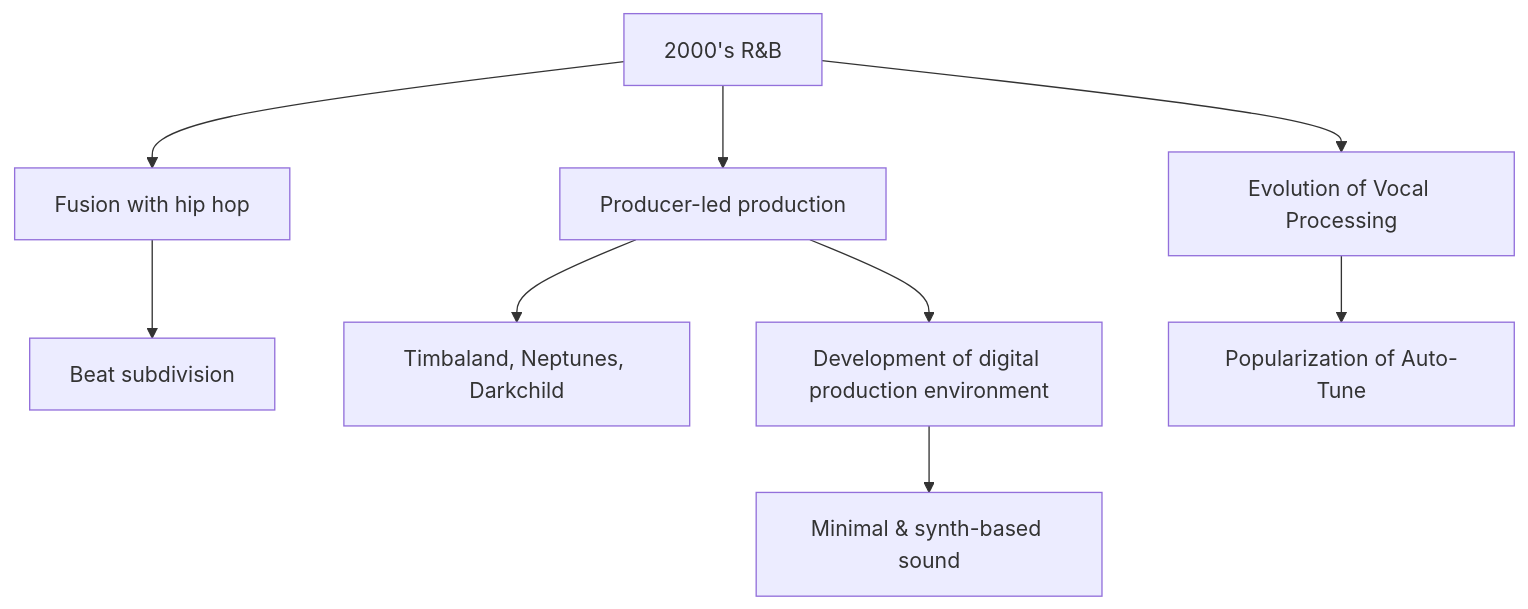
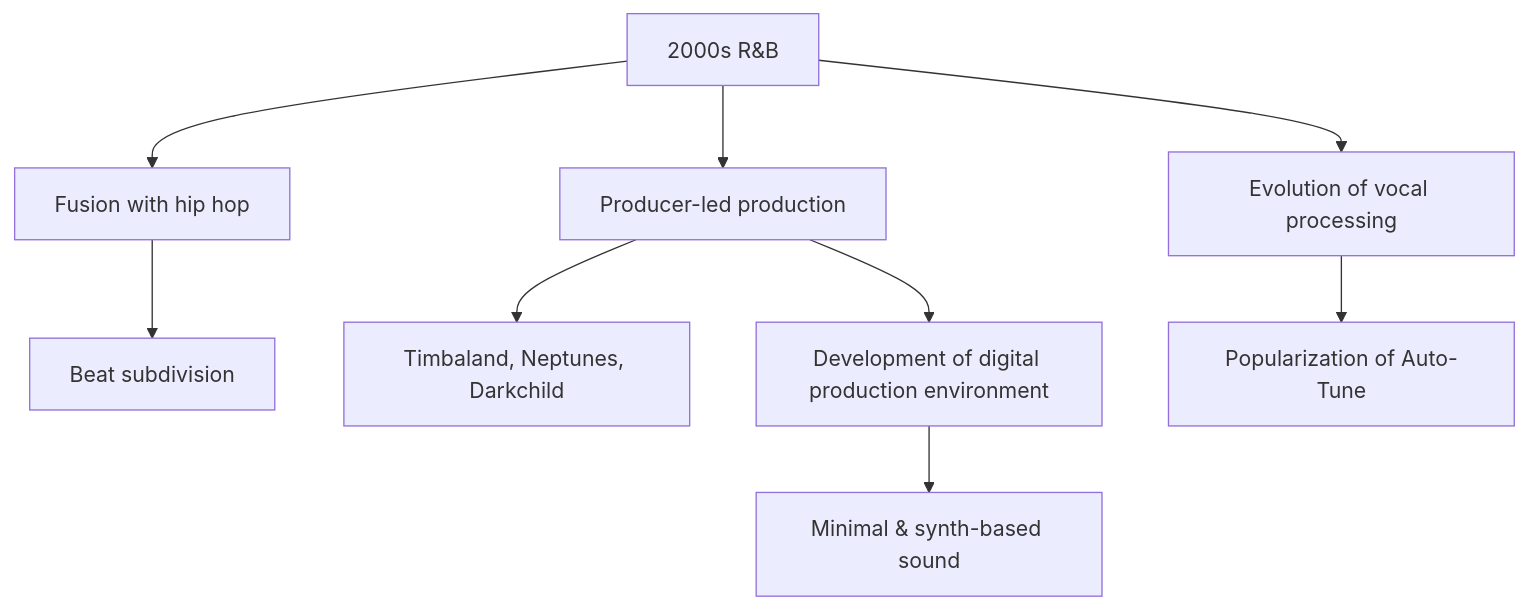
Before and after one commit to monumental-movement/monumental-movement.github.io: the second of 2 diagrams in en/_posts/2025-11-20-column-2000s-r-and-b.md, drawn with Mermaid. The commit also changed other lines of this file and 528 other files, not shown here.

```diff
--- a/en/_posts/2025-11-20-column-2000s-r-and-b.md
+++ b/en/_posts/2025-11-20-column-2000s-r-and-b.md
@@ -252,15 +252,15 @@
 <div class="mermaid">
 
 flowchart TD
 
-A["2000's R&B"] --> B["Fusion with hip hop"]
+A["2000s R&B"] --> B["Fusion with hip hop"]
 A --> C["Producer-led production"]
-A --> D["Evolution of Vocal Processing"]
+A --> D["Evolution of vocal processing"]
 B --> E["Beat subdivision"]
 C --> F["Timbaland, Neptunes, Darkchild"]
 D --> G["Popularization of Auto-Tune"]
 C --> H["Development of digital production environment"]
 H --> I["Minimal & synth-based sound"]
 
 
 </div>
```
